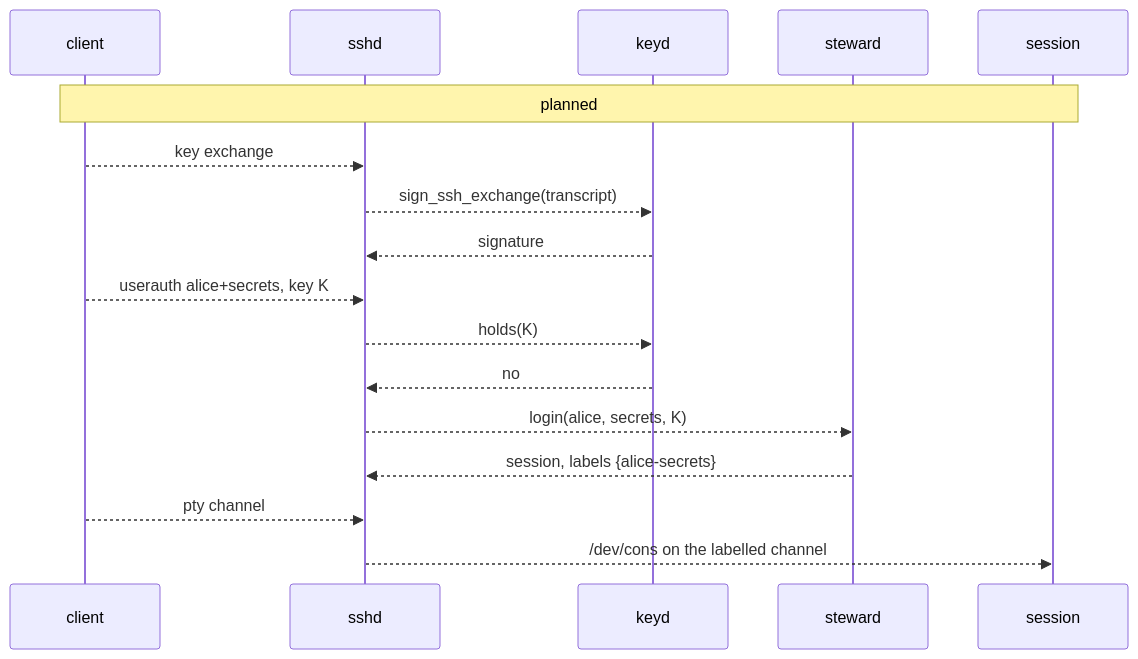
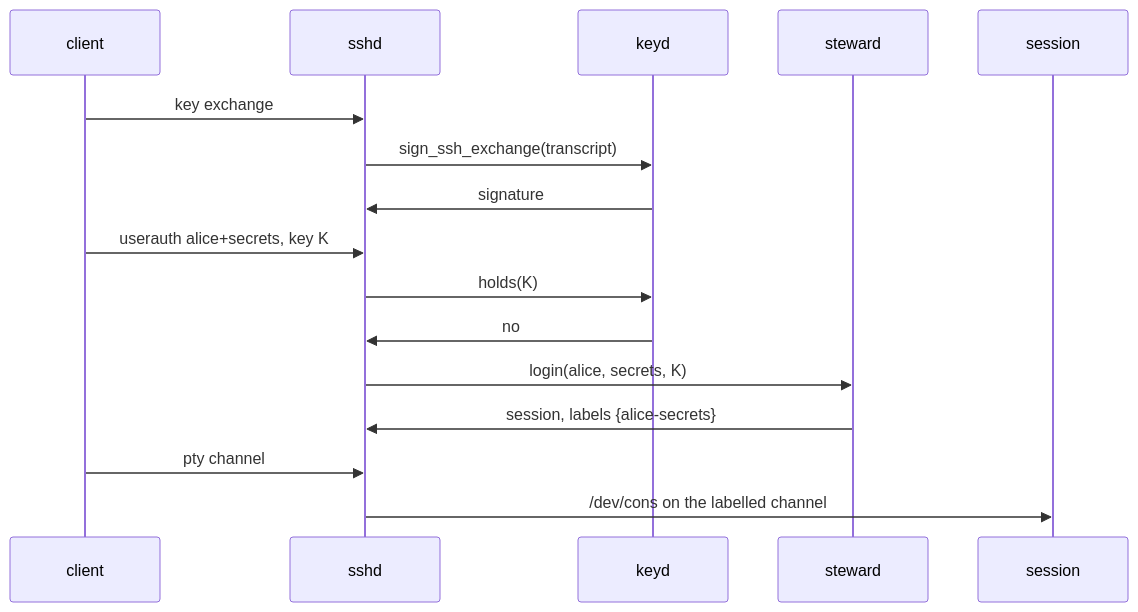
One commit to sirmick/redoubt changed the diagram in docs/servers/sshd.md. Above: the diagram before and after it, drawn with Mermaid. The commit also changed other lines of this file and 10 other files, not shown here.

````diff
--- a/docs/servers/sshd.md
+++ b/docs/servers/sshd.md
@@ -175,19 +198,18 @@
 ```mermaid
 sequenceDiagram
     participant C as client
     participant SH as sshd
     participant KD as keyd
     participant ST as steward
     participant S as session
-    Note over C,S: planned
-    C-->>SH: key exchange
-    SH-->>KD: sign_ssh_exchange(transcript)
-    KD-->>SH: signature
-    C-->>SH: userauth alice+secrets, key K
-    SH-->>KD: holds(K)
-    KD-->>SH: no
-    SH-->>ST: login(alice, secrets, K)
-    ST-->>SH: session, labels {alice-secrets}
-    C-->>SH: pty channel
-    SH-->>S: /dev/cons on the labelled channel
+    C->>SH: key exchange
+    SH->>KD: sign_ssh_exchange(transcript)
+    KD->>SH: signature
+    C->>SH: userauth alice+secrets, key K
+    SH->>KD: holds(K)
+    KD->>SH: no
+    SH->>ST: login(alice, secrets, K)
+    ST->>SH: session, labels {alice-secrets}
+    C->>SH: pty channel
+    SH->>S: /dev/cons on the labelled channel
 ```
````
